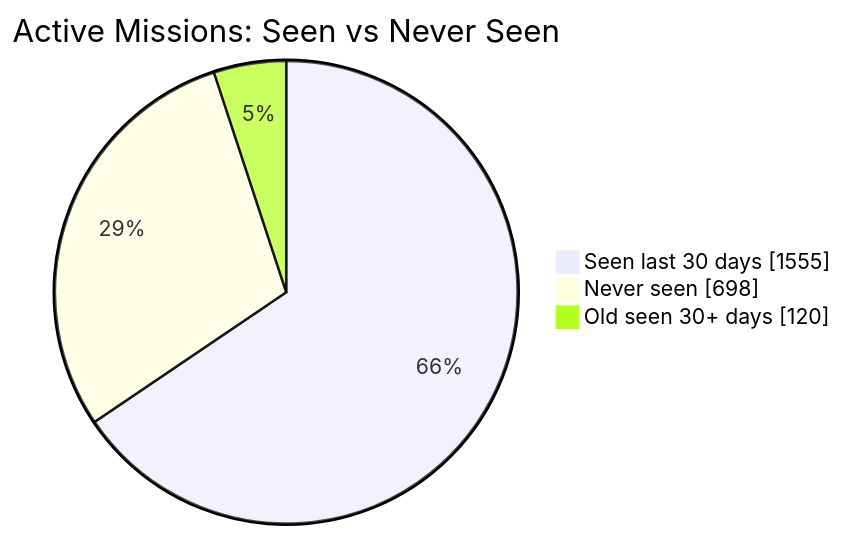
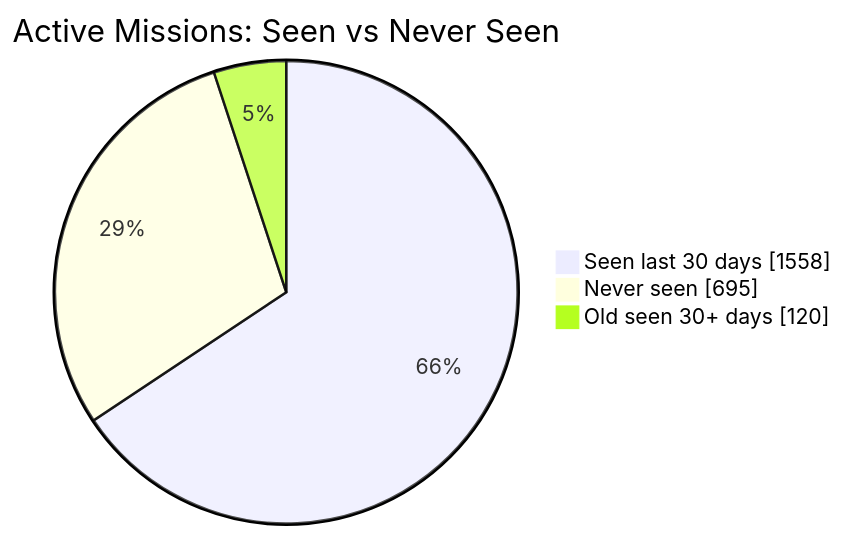
The first of 2 diagrams in README.md (MeldkamerspelGameTeam/active-missions), drawn with Mermaid before and after one commit. The commit also changed other lines of this file and 2 other files, not shown here.

````diff
--- a/README.md
+++ b/README.md
@@ -34,7 +34,7 @@
 ```mermaid
 pie showData
     title Active Missions: Seen vs Never Seen
-    "Seen last 30 days" : 1555
-    "Never seen" : 698
+    "Seen last 30 days" : 1558
+    "Never seen" : 695
     "Old seen 30+ days" : 120
 ```
````
